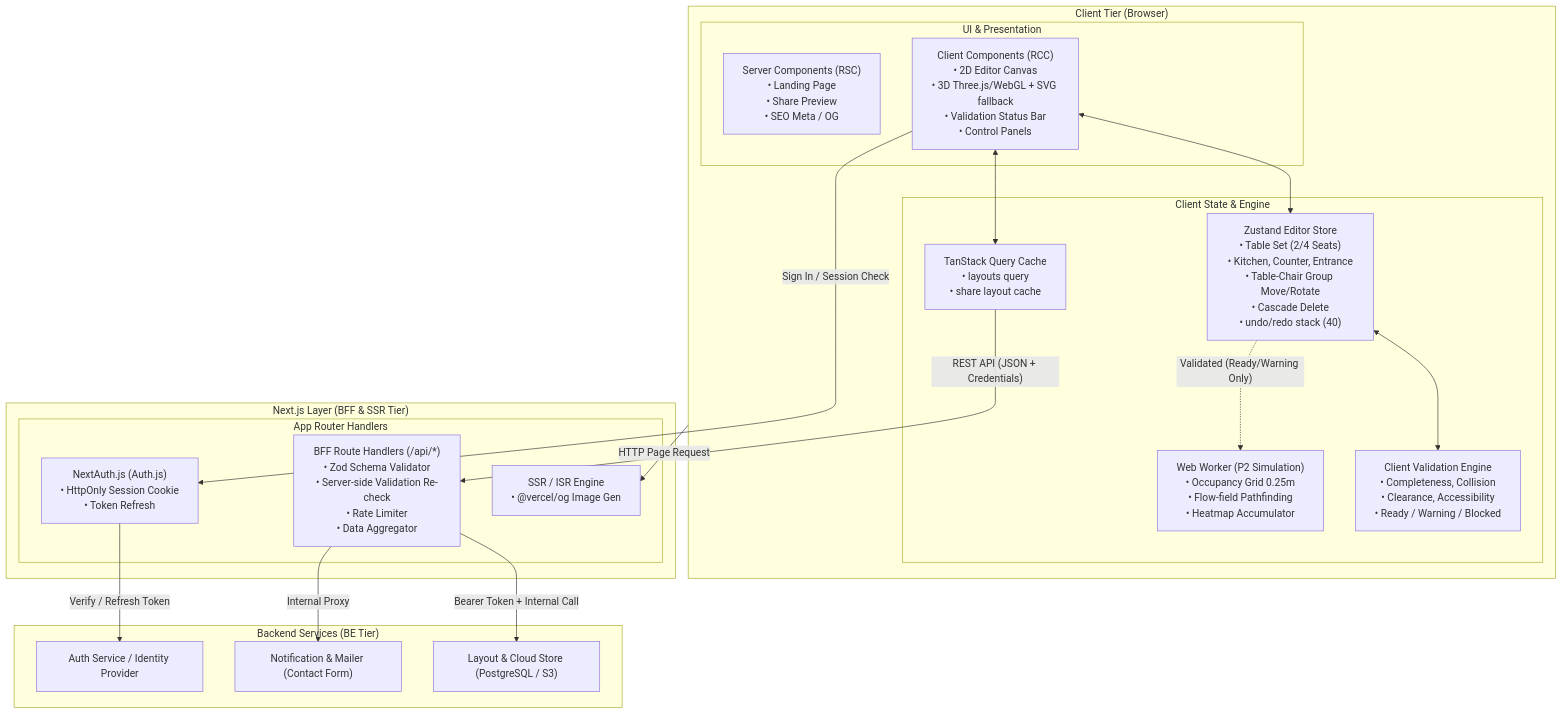
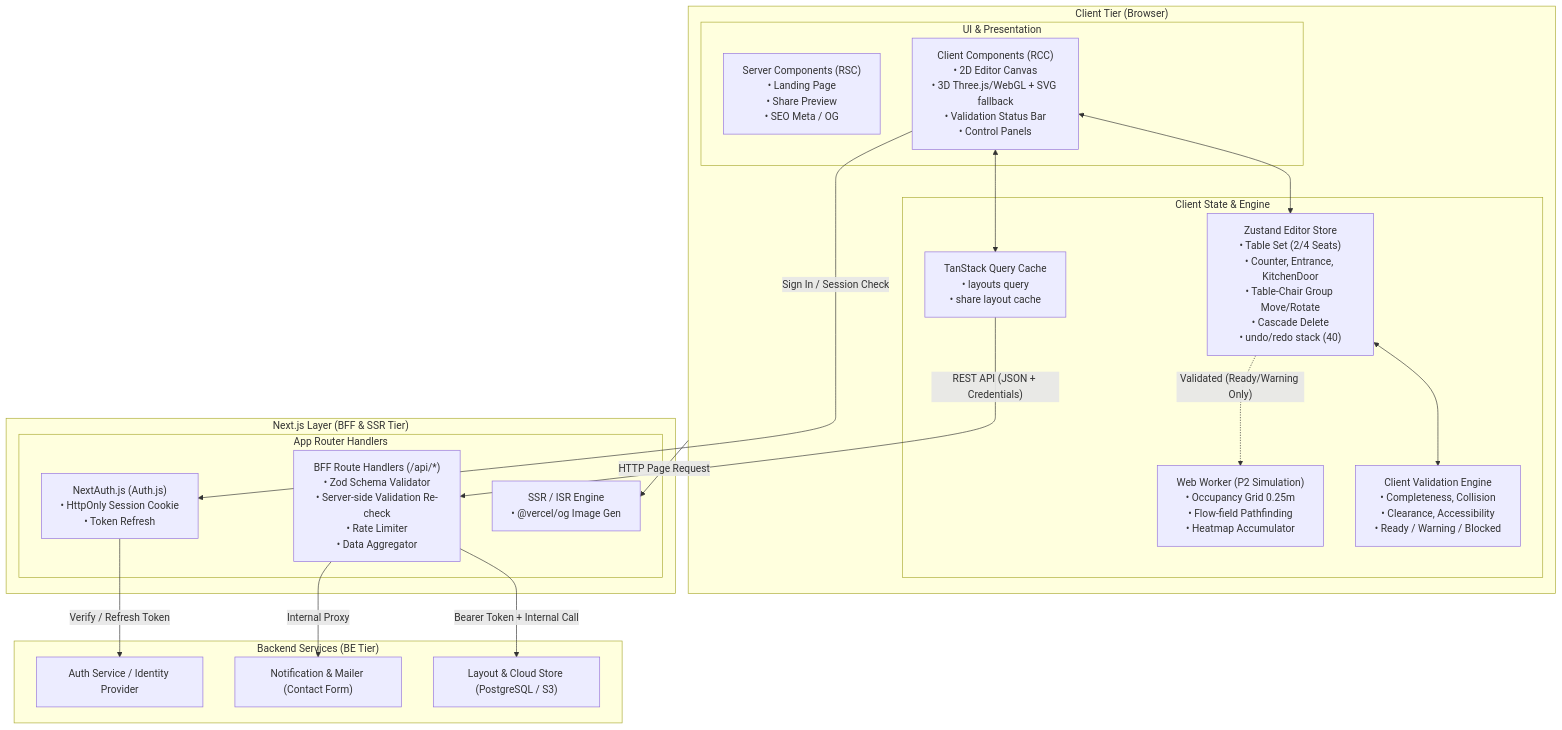
The first of 2 diagrams in architecture.md (bosskantaponguttarawichien-boop/wang-raan), drawn with Mermaid before and after one commit. The commit also changed other lines of this file and 84 other files, not shown here.

First line of the commit message:
feat: kitchen door on wall, counter styles, seated mannequin, view rotation

````diff
--- a/architecture.md
+++ b/architecture.md
@@ -42,43 +42,43 @@
 ```mermaid
 flowchart TB
     subgraph Browser ["Client Tier (Browser)"]
         subgraph UIComponents ["UI & Presentation"]
             RSC["Server Components (RSC)\n• Landing Page\n• Share Preview\n• SEO Meta / OG"]
             RCC["Client Components (RCC)\n• 2D Editor Canvas\n• 3D Three.js/WebGL + SVG fallback\n• Validation Status Bar\n• Control Panels"]
         end
 
         subgraph ClientState ["Client State & Engine"]
-            Store["Zustand Editor Store\n• Table Set (2/4 Seats)\n• Kitchen, Counter, Entrance\n• Table-Chair Group Move/Rotate\n• Cascade Delete\n• undo/redo stack (40)"]
+            Store["Zustand Editor Store\n• Table Set (2/4 Seats)\n• Counter, Entrance, KitchenDoor\n• Table-Chair Group Move/Rotate\n• Cascade Delete\n• undo/redo stack (40)"]
             ClientVal["Client Validation Engine\n• Completeness, Collision\n• Clearance, Accessibility\n• Ready / Warning / Blocked"]
             TQ["TanStack Query Cache\n• layouts query\n• share layout cache"]
             Worker["Web Worker (P2 Simulation)\n• Occupancy Grid 0.25m\n• Flow-field Pathfinding\n• Heatmap Accumulator"]
         end
 
         RCC <--> Store
         Store <--> ClientVal
         RCC <--> TQ
         Store -. "Validated (Ready/Warning Only)" .-> Worker
     end
 
     subgraph NextServer ["Next.js Layer (BFF & SSR Tier)"]
         subgraph AppRouter ["App Router Handlers"]
             PageRenderer["SSR / ISR Engine\n• @vercel/og Image Gen"]
             AuthHandler["NextAuth.js (Auth.js)\n• HttpOnly Session Cookie\n• Token Refresh"]
             RouteHandlers["BFF Route Handlers (/api/*)\n• Zod Schema Validator\n• Server-side Validation Re-check\n• Rate Limiter\n• Data Aggregator"]
         end
     end
 
     subgraph BackendServices ["Backend Services (BE Tier)"]
         BE_Auth["Auth Service / Identity Provider"]
         BE_Layout["Layout & Cloud Store (PostgreSQL / S3)"]
         BE_Notify["Notification & Mailer (Contact Form)"]
     end
 
     %% Flow connections
     Browser -- "HTTP Page Request" --> PageRenderer
     TQ -- "REST API (JSON + Credentials)" --> RouteHandlers
     RCC -- "Sign In / Session Check" --> AuthHandler
     AuthHandler -- "Verify / Refresh Token" --> BE_Auth
     RouteHandlers -- "Bearer Token + Internal Call" --> BE_Layout
     RouteHandlers -- "Internal Proxy" --> BE_Notify
 ```
````
